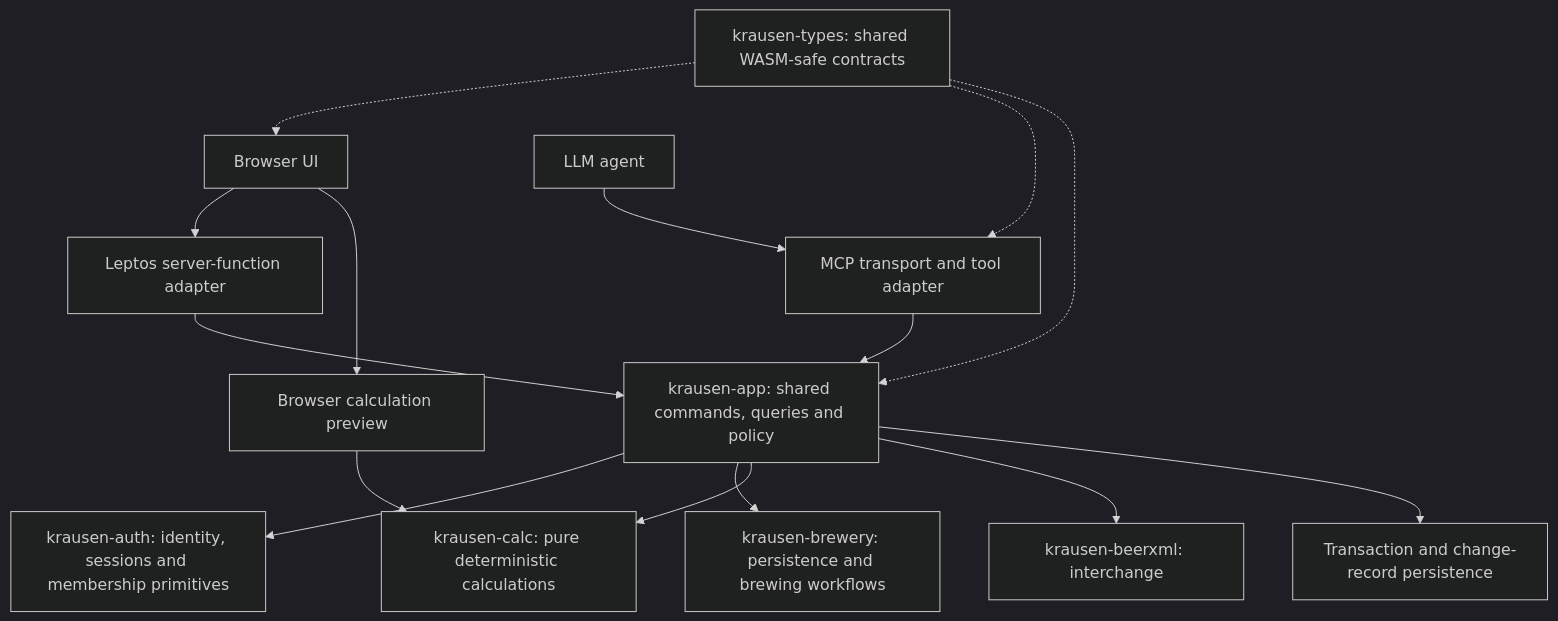
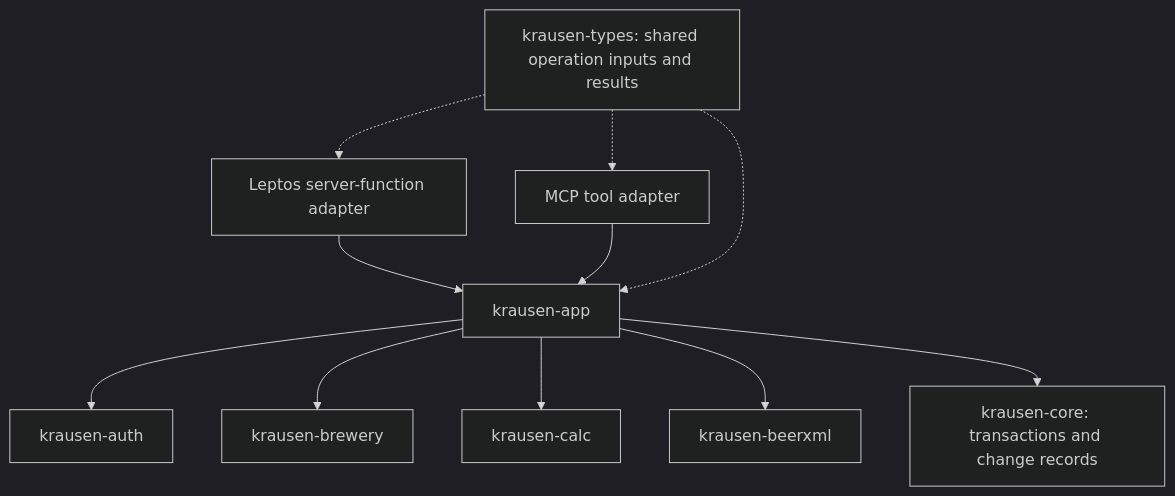
Before and after one commit to jasadams/krausen: the second of 2 diagrams in docs/ARCHITECTURE.md, drawn with Mermaid (dark theme). The commit also changed other lines of this file and 2 other files, not shown here.

Commit message:
docs: show UI and MCP using the same calculation operations

````diff
--- a/docs/ARCHITECTURE.md
+++ b/docs/ARCHITECTURE.md
@@ -41,17 +88,13 @@
 ```mermaid
 flowchart TD
-    UI[Browser UI] --> Leptos[Leptos server-function adapter]
-    Agent[LLM agent] --> MCP[MCP transport and tool adapter]
-    Leptos --> App[krausen-app: shared commands, queries and policy]
-    MCP --> App
-    App --> Auth[krausen-auth: identity, sessions and membership primitives]
-    App --> Brewery[krausen-brewery: persistence and brewing workflows]
-    App --> Calc[krausen-calc: pure deterministic calculations]
-    App --> XML[krausen-beerxml: interchange]
-    App --> DB[Transaction and change-record persistence]
-    UI --> Preview[Browser calculation preview]
-    Preview --> Calc
-    Types[krausen-types: shared WASM-safe contracts] -.-> UI
-    Types -.-> MCP
+    UIAdapter[Leptos server-function adapter] --> App[krausen-app]
+    MCPAdapter[MCP tool adapter] --> App
+    App --> Auth[krausen-auth]
+    App --> Brewery[krausen-brewery]
+    App --> Calc[krausen-calc]
+    App --> XML[krausen-beerxml]
+    App --> Core[krausen-core: transactions and change records]
+    Types[krausen-types: shared operation inputs and results] -.-> UIAdapter
+    Types -.-> MCPAdapter
     Types -.-> App
 ```
````
